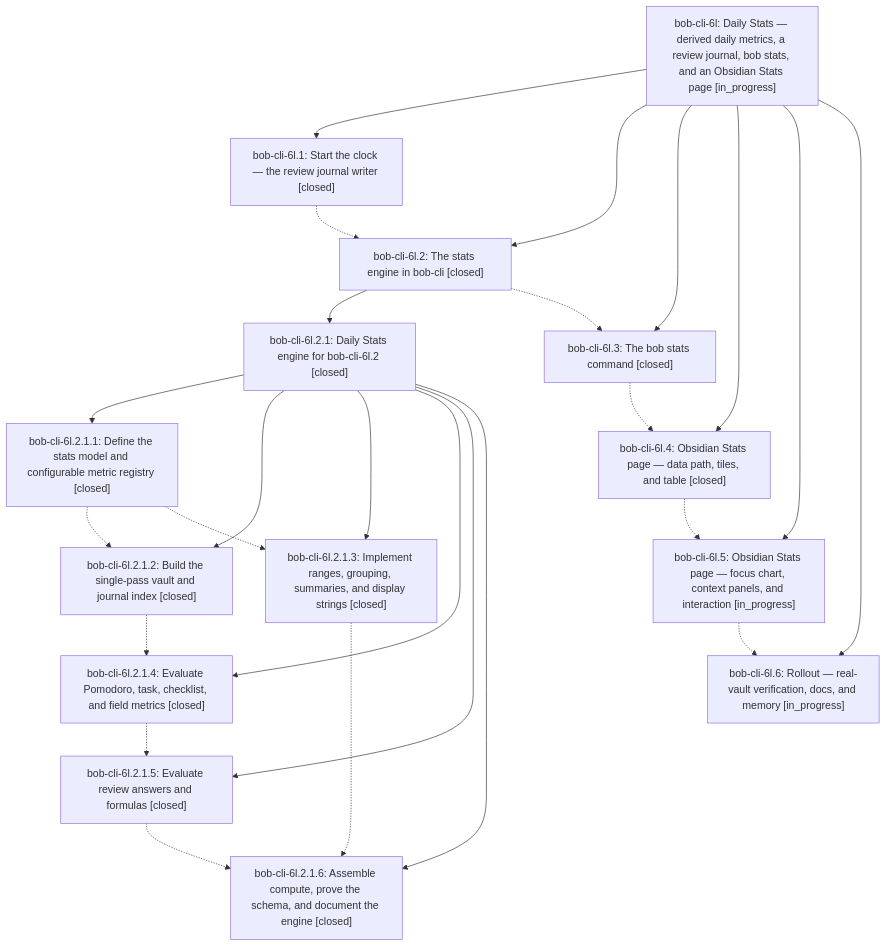
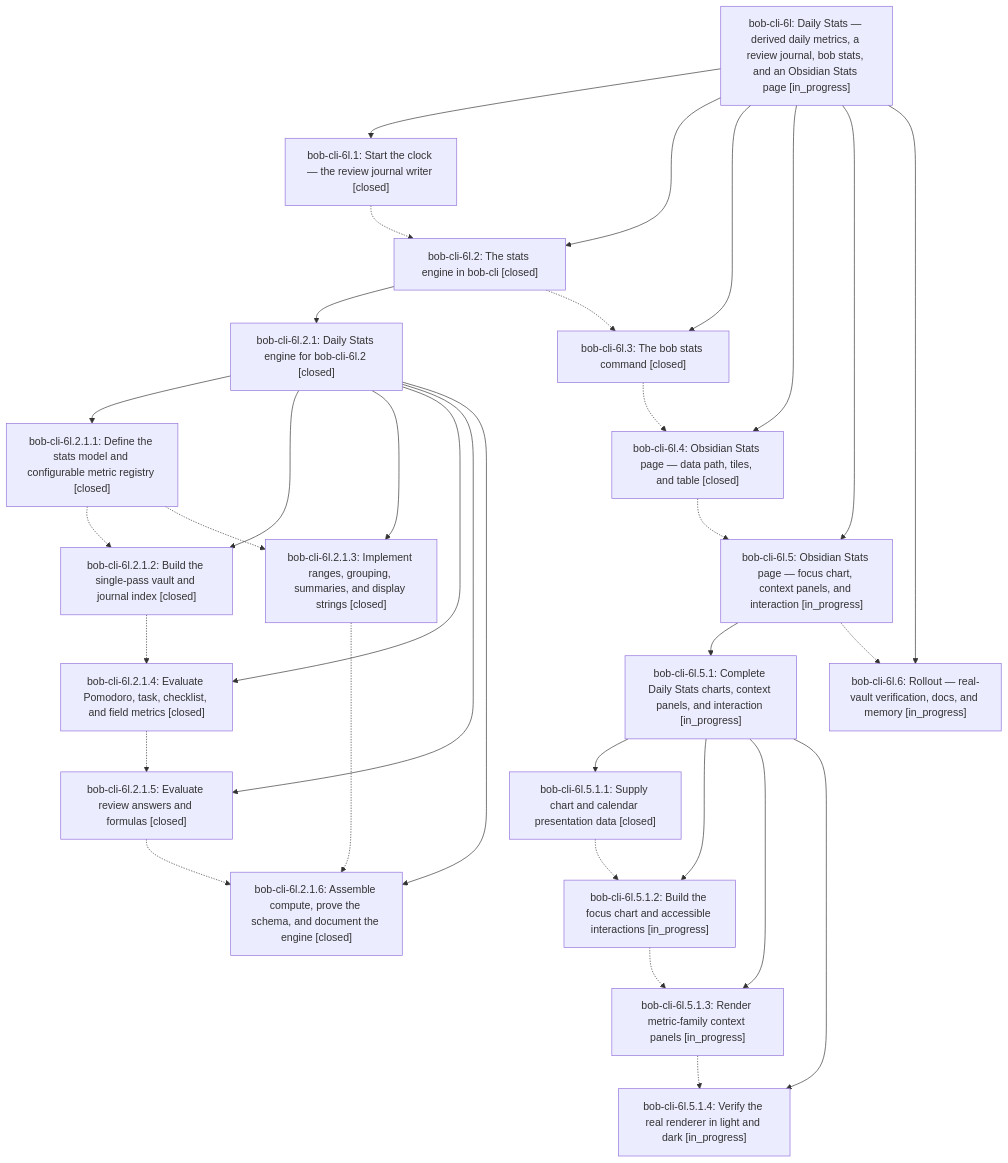
Before and after one commit to bobs-org/bob-cli--beads: the diagram in pages/bob-cli-6l/README.md, drawn with Mermaid. The commit also changed other lines of this file and 8 other files, not shown here.

First line of the commit message:
chore(beads): sync bead state and pages for bob-cli-6l

````diff
--- a/pages/bob-cli-6l/README.md
+++ b/pages/bob-cli-6l/README.md
@@ -45,41 +45,54 @@
 ```mermaid
 flowchart TD
     n0["bob-cli-6l: Daily Stats — derived daily metrics, a review journal, bob stats, and an Obsidian Stats page [in_progress]"]
     n1["bob-cli-6l.1: Start the clock — the review journal writer [closed]"]
     n2["bob-cli-6l.2: The stats engine in bob-cli [closed]"]
     n3["bob-cli-6l.2.1: Daily Stats engine for bob-cli-6l.2 [closed]"]
     n4["bob-cli-6l.2.1.1: Define the stats model and configurable metric registry [closed]"]
     n5["bob-cli-6l.2.1.2: Build the single-pass vault and journal index [closed]"]
     n6["bob-cli-6l.2.1.3: Implement ranges, grouping, summaries, and display strings [closed]"]
     n7["bob-cli-6l.2.1.4: Evaluate Pomodoro, task, checklist, and field metrics [closed]"]
     n8["bob-cli-6l.2.1.5: Evaluate review answers and formulas [closed]"]
     n9["bob-cli-6l.2.1.6: Assemble compute, prove the schema, and document the engine [closed]"]
     n10["bob-cli-6l.3: The bob stats command [closed]"]
     n11["bob-cli-6l.4: Obsidian Stats page — data path, tiles, and table [closed]"]
     n12["bob-cli-6l.5: Obsidian Stats page — focus chart, context panels, and interaction [in_progress]"]
-    n13["bob-cli-6l.6: Rollout — real-vault verification, docs, and memory [in_progress]"]
+    n13["bob-cli-6l.5.1: Complete Daily Stats charts, context panels, and interaction [in_progress]"]
+    n14["bob-cli-6l.5.1.1: Supply chart and calendar presentation data [closed]"]
+    n15["bob-cli-6l.5.1.2: Build the focus chart and accessible interactions [in_progress]"]
+    n16["bob-cli-6l.5.1.3: Render metric-family context panels [in_progress]"]
+    n17["bob-cli-6l.5.1.4: Verify the real renderer in light and dark [in_progress]"]
+    n18["bob-cli-6l.6: Rollout — real-vault verification, docs, and memory [in_progress]"]
     n0 --> n1
     n0 --> n2
     n2 --> n3
     n3 --> n4
     n3 --> n5
     n3 --> n6
     n3 --> n7
     n3 --> n8
     n3 --> n9
     n0 --> n10
     n0 --> n11
     n0 --> n12
-    n0 --> n13
+    n12 --> n13
+    n13 --> n14
+    n13 --> n15
+    n13 --> n16
+    n13 --> n17
+    n0 --> n18
     n1 -.-> n2
     n2 -.-> n10
     n4 -.-> n5
     n4 -.-> n6
     n5 -.-> n7
     n6 -.-> n9
     n7 -.-> n8
     n8 -.-> n9
     n10 -.-> n11
     n11 -.-> n12
-    n12 -.-> n13
+    n12 -.-> n18
+    n14 -.-> n15
+    n15 -.-> n16
+    n16 -.-> n17
 ```
````
